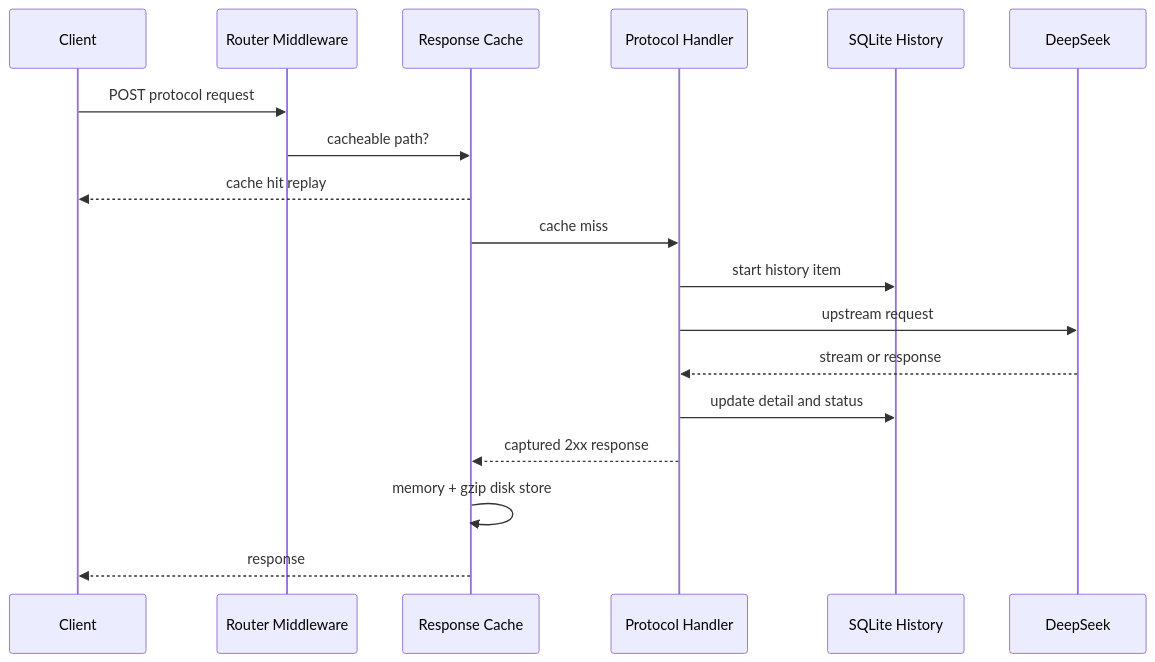
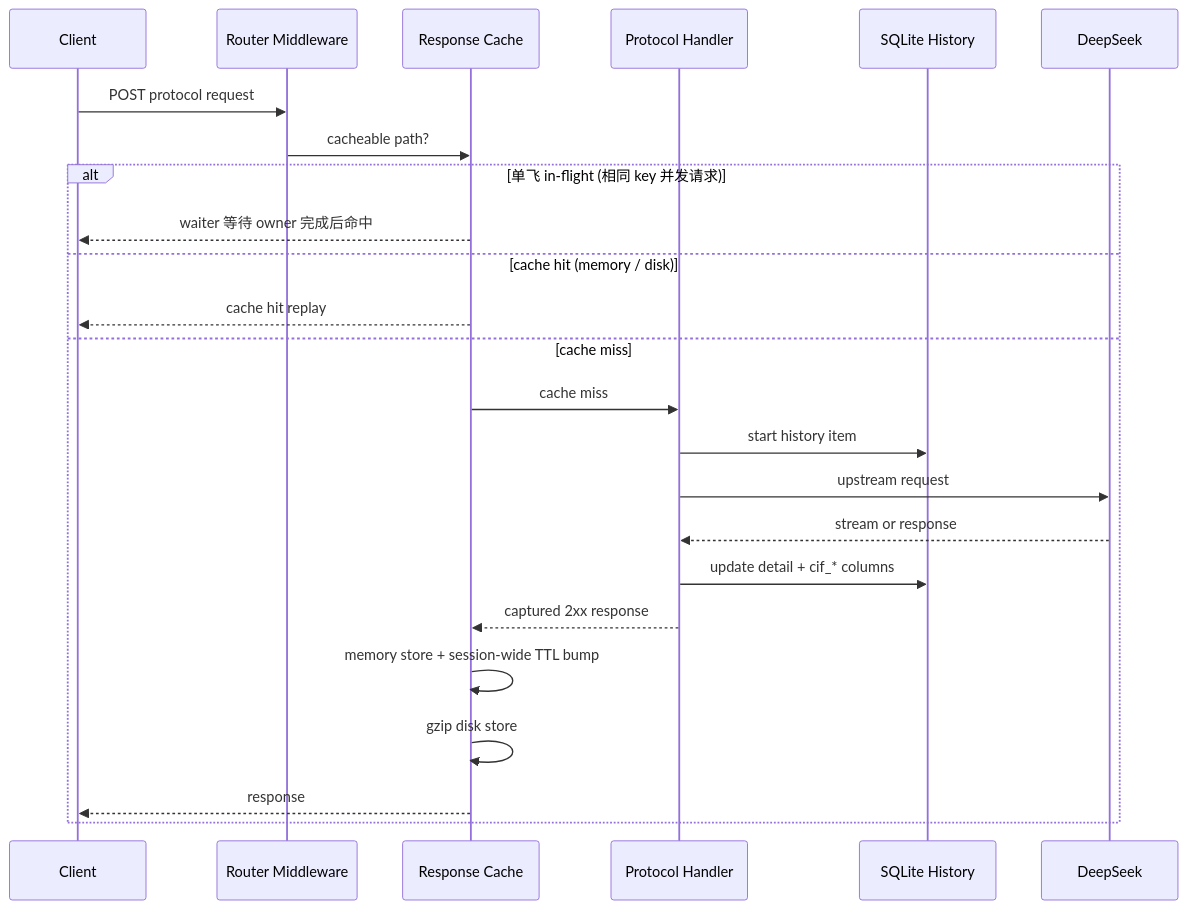
One commit to marklove5102/DeepSeek_Web_To_API changed the second of 2 diagrams in docs/storage-cache.md. Above: the diagram before and after it, drawn with Mermaid. The commit also changed other lines of this file and 17 other files, not shown here.

````diff
--- a/docs/storage-cache.md
+++ b/docs/storage-cache.md
@@ -109,20 +120,26 @@
 ```mermaid
 sequenceDiagram
 participant Client as Client
 participant Router as Router Middleware
 participant Cache as Response Cache
 participant Handler as Protocol Handler
 participant History as SQLite History
 participant DS as DeepSeek
 Client->>Router: POST protocol request
 Router->>Cache: cacheable path?
+alt 单飞 in-flight (相同 key 并发请求)
+Cache-->>Client: waiter 等待 owner 完成后命中
+else cache hit (memory / disk)
 Cache-->>Client: cache hit replay
+else cache miss
 Cache->>Handler: cache miss
 Handler->>History: start history item
 Handler->>DS: upstream request
 DS-->>Handler: stream or response
-Handler->>History: update detail and status
+Handler->>History: update detail + cif_* columns
 Handler-->>Cache: captured 2xx response
-Cache->>Cache: memory + gzip disk store
+Cache->>Cache: memory store + session-wide TTL bump
+Cache->>Cache: gzip disk store
 Cache-->>Client: response
+end
 ```
````
